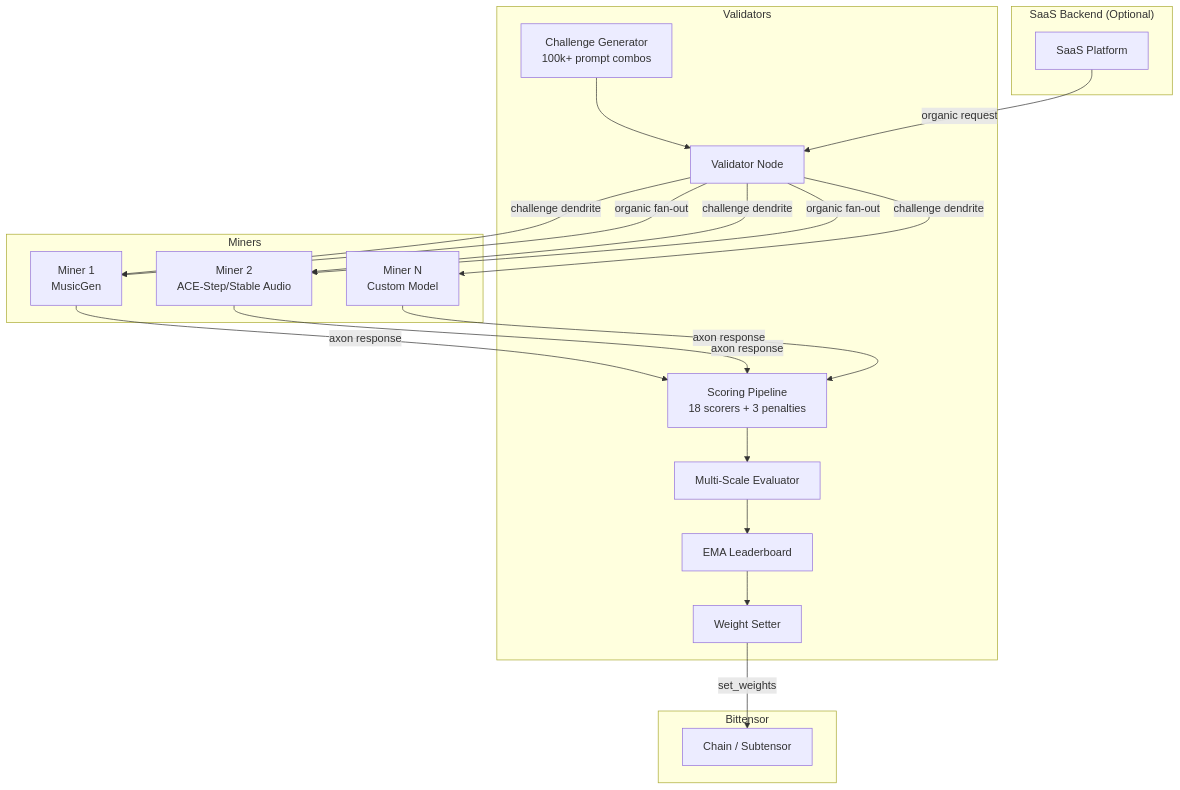
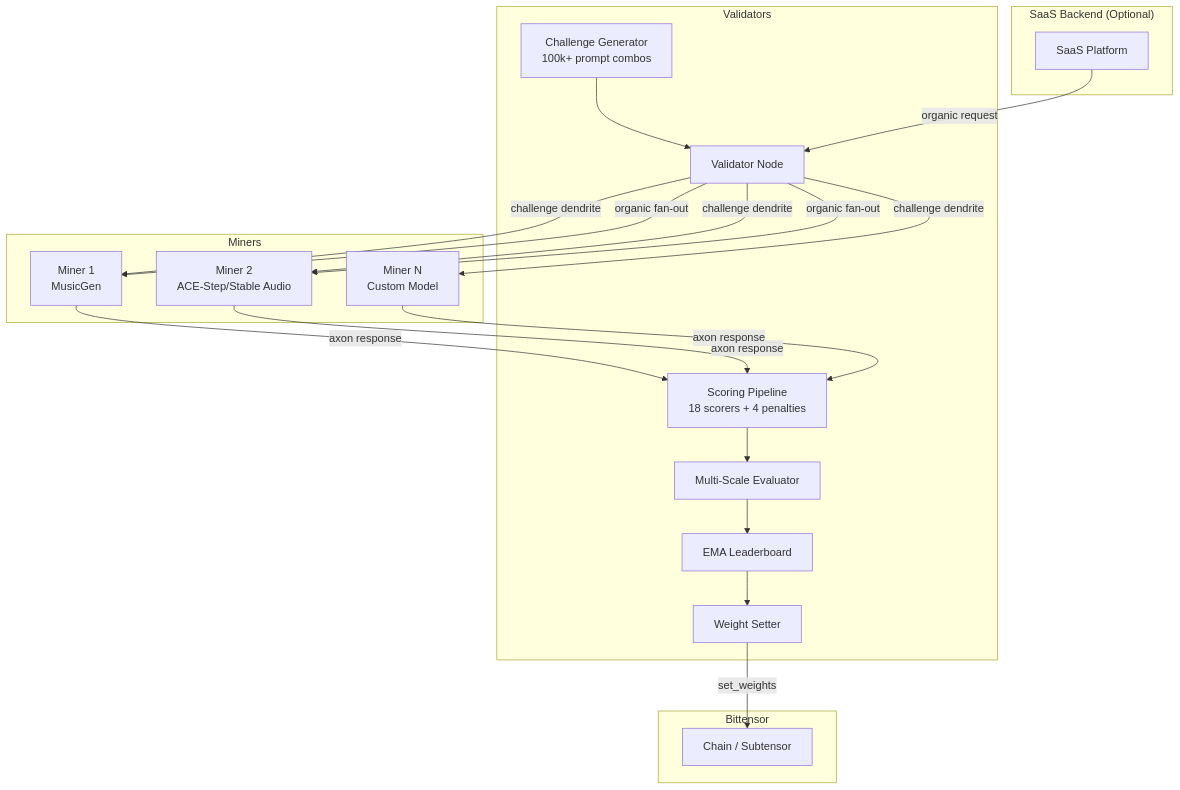
The first of 2 diagrams in README.md (borgg-dev/tuneforge), drawn with Mermaid before and after one commit. The commit also changed other lines of this file and 2 other files, not shown here.

First line of the commit message:
Update README scoring docs: add fingerprint penalty, fix penalty count

````diff
--- a/README.md
+++ b/README.md
@@ -36,41 +36,41 @@
 ```mermaid
 graph TB
     subgraph Validators
         V[Validator Node]
         CG[Challenge Generator<br/>100k+ prompt combos]
-        SC[Scoring Pipeline<br/>18 scorers + 3 penalties]
+        SC[Scoring Pipeline<br/>18 scorers + 4 penalties]
         MS[Multi-Scale Evaluator]
         LB[EMA Leaderboard]
         WS[Weight Setter]
     end
 
     subgraph Miners
         M1[Miner 1<br/>MusicGen]
         M2[Miner 2<br/>ACE-Step/Stable Audio]
         M3[Miner N<br/>Custom Model]
     end
 
     subgraph "SaaS Backend (Optional)"
         API[SaaS Platform]
     end
 
     subgraph Bittensor
         CH[Chain / Subtensor]
     end
 
     V -->|challenge dendrite| M1
     V -->|challenge dendrite| M2
     V -->|challenge dendrite| M3
     M1 -->|axon response| SC
     M2 -->|axon response| SC
     M3 -->|axon response| SC
     CG --> V
     SC --> MS
     MS --> LB
     LB --> WS
     WS -->|set_weights| CH
 
     API -->|organic request| V
     V -->|organic fan-out| M1
     V -->|organic fan-out| M2
 ```
````
